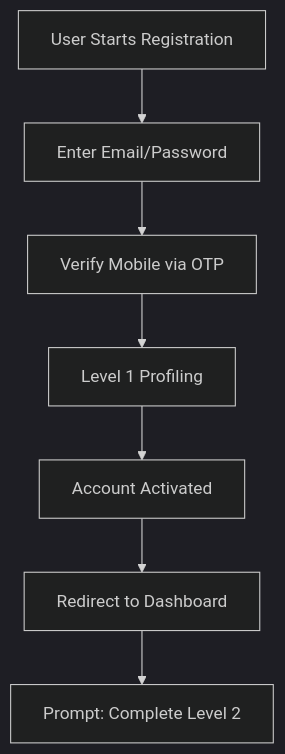
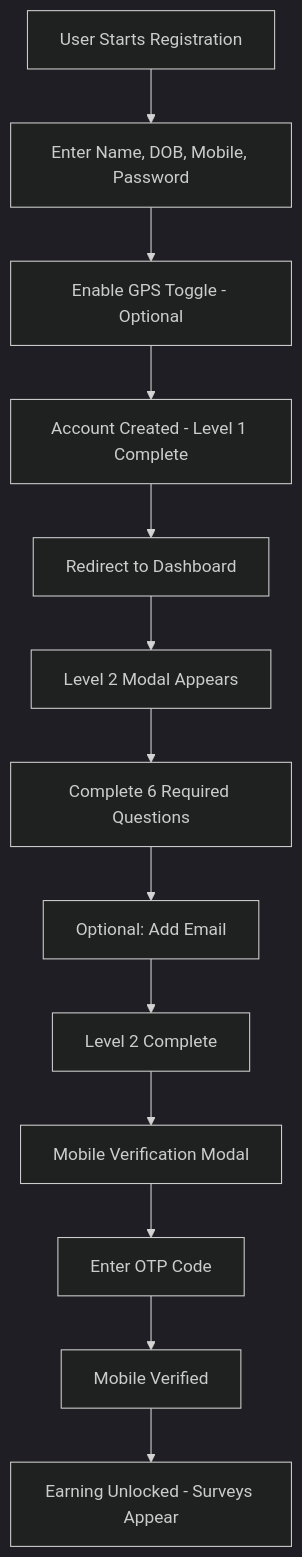
One commit to looplly-dev/looplly-me-master changed the first of 3 diagrams in docs/PROFILE_SYSTEM_ARCHITECTURE.md. Above: the diagram before and after it, drawn with Mermaid (dark theme). The commit also changed other lines of this file and 7 other files, not shown here.

Commit message:
Update documentation for registration flow

````diff
--- a/docs/PROFILE_SYSTEM_ARCHITECTURE.md
+++ b/docs/PROFILE_SYSTEM_ARCHITECTURE.md
@@ -249,9 +263,15 @@
 ```mermaid
 graph TD
-    A[User Starts Registration] --> B[Enter Email/Password]
-    B --> C[Verify Mobile via OTP]
-    C --> D[Level 1 Profiling]
-    D --> E[Account Activated]
-    E --> F[Redirect to Dashboard]
-    F --> G[Prompt: Complete Level 2]
+    A[User Starts Registration] --> B[Enter Name, DOB, Mobile, Password]
+    B --> C[Enable GPS Toggle - Optional]
+    C --> D[Account Created - Level 1 Complete]
+    D --> E[Redirect to Dashboard]
+    E --> F[Level 2 Modal Appears]
+    F --> G[Complete 6 Required Questions]
+    G --> H[Optional: Add Email]
+    H --> I[Level 2 Complete]
+    I --> J[Mobile Verification Modal]
+    J --> K[Enter OTP Code]
+    K --> L[Mobile Verified]
+    L --> M[Earning Unlocked - Surveys Appear]
 ```
````
